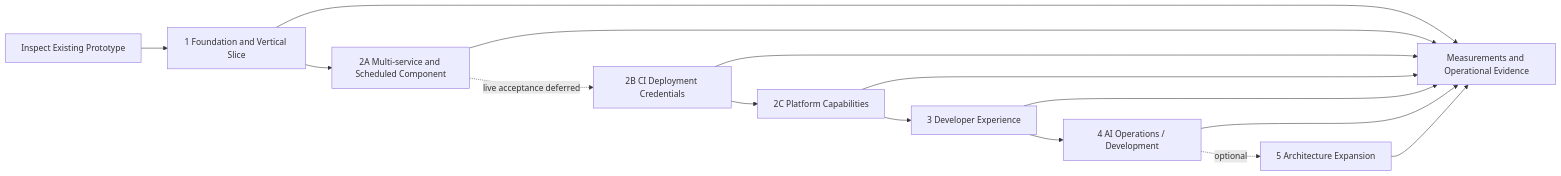
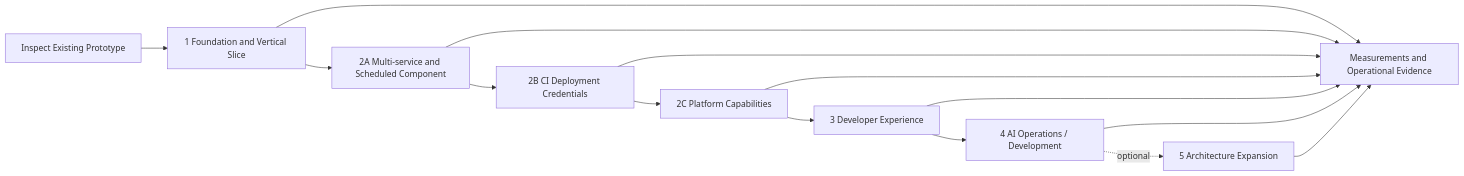
The diagram in docs/04-development/development-plan.md (eseidinger/developer-platform), drawn with Mermaid before and after one commit. The commit also changed other lines of this file and 8 other files, not shown here.

````diff
--- a/docs/04-development/development-plan.md
+++ b/docs/04-development/development-plan.md
@@ -31,17 +31,17 @@
 ```mermaid
 flowchart LR
     Baseline["Inspect Existing Prototype"] --> P1["1 Foundation and Vertical Slice"]
     P1 --> P2A["2A Multi-service and Scheduled Component"]
-    P2A -. "live acceptance deferred" .-> P2B["2B CI Deployment Credentials"]
+    P2A --> P2B["2B CI Deployment Credentials"]
     P2B --> P2C["2C Platform Capabilities"]
     P2C --> P3["3 Developer Experience"]
     P3 --> P4["4 AI Operations / Development"]
     P4 -. "optional" .-> P5["5 Architecture Expansion"]
     P1 --> Evidence["Measurements and Operational Evidence"]
     P2A --> Evidence
     P2B --> Evidence
     P2C --> Evidence
     P3 --> Evidence
     P4 --> Evidence
     P5 --> Evidence
 ```
````
